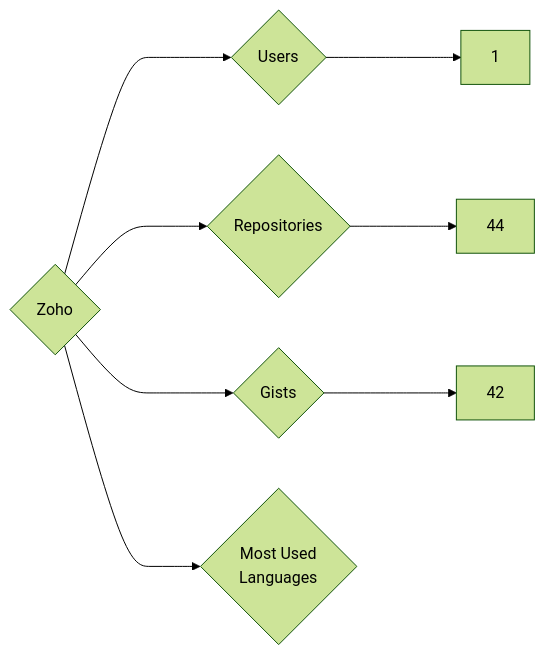
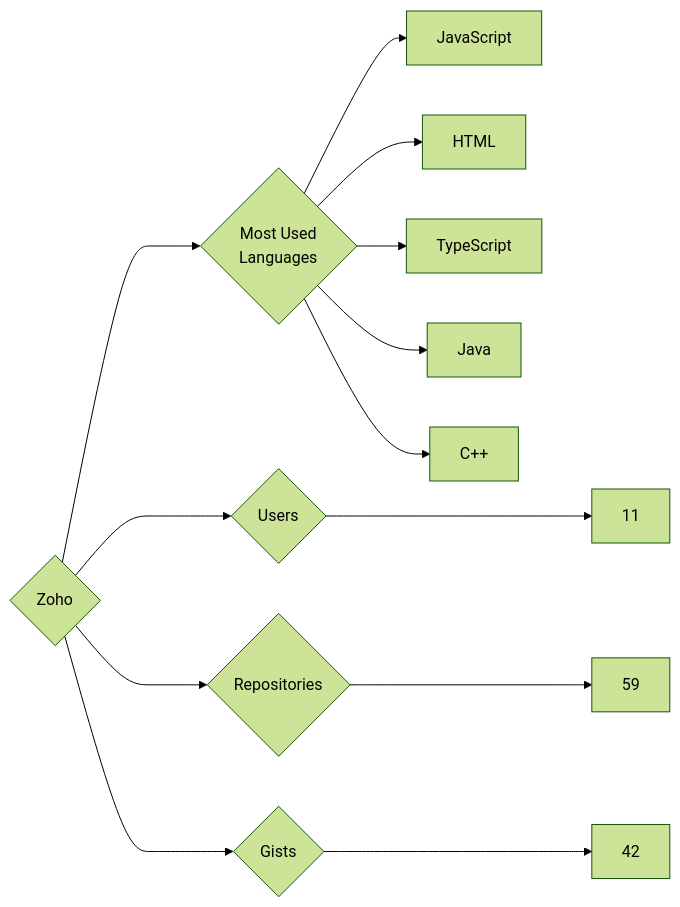
One commit to trickest/insiders changed the diagram in targets/Zoho/README.md. Above: the diagram before and after it, drawn with Mermaid (forest theme). The commit also changed 928 other files, not shown here.

````diff
--- a/targets/Zoho/README.md
+++ b/targets/Zoho/README.md
@@ -3,8 +3,13 @@
 ```mermaid
 graph LR
 COMPANY_NAME{Zoho}
-COMPANY_NAME ---> U{Users} ---> UN[1]
-COMPANY_NAME ---> R{Repositories} ---> RN[44]
+COMPANY_NAME ---> U{Users} ---> UN[11]
+COMPANY_NAME ---> R{Repositories} ---> RN[59]
 COMPANY_NAME ---> G{Gists} ---> GN[42]
 COMPANY_NAME ---> ML{Most Used<br>Languages}
+ML --> JavaScript[JavaScript]
+ML --> HTML[HTML]
+ML --> TypeScript[TypeScript]
+ML --> Java[Java]
+ML --> C++[C++]
 ```
````
